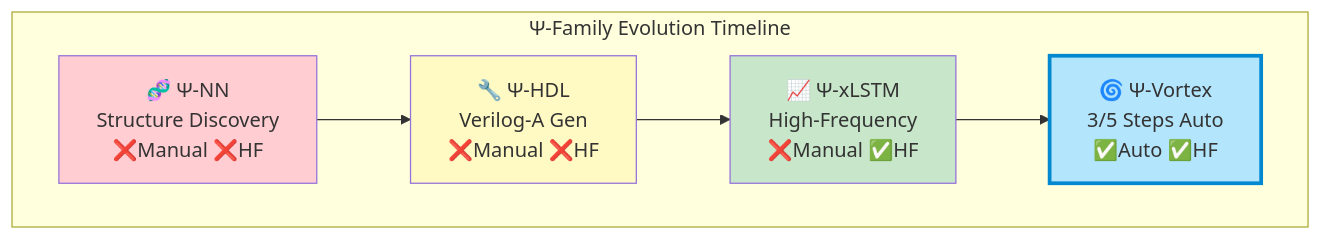
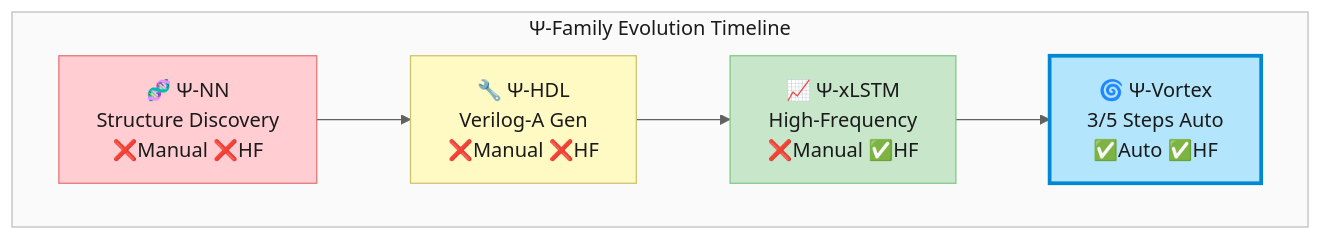
Before and after one commit to jurjsorinliviu/Psi-Vortex: the second of 7 diagrams in README.md, drawn with Mermaid. The commit also changed other lines of this file, not shown here.

````diff
--- a/README.md
+++ b/README.md
@@ -242,16 +237,17 @@
 ```mermaid
+%%{init: {'theme':'base','themeVariables':{'primaryTextColor':'#1a1a1a','lineColor':'#616161','clusterBkg':'#fafafa','clusterBorder':'#bdbdbd','titleColor':'#1a1a1a'}}}%%
 flowchart TB
     subgraph evolution["Ψ-Family Evolution Timeline"]
         A["🧬 Ψ-NN<br>Structure Discovery<br>❌Manual ❌HF"]
         B["🔧 Ψ-HDL<br>Verilog-A Gen<br>❌Manual ❌HF"]
         C["📈 Ψ-xLSTM<br>High-Frequency<br>❌Manual ✅HF"]
         D["🌀 Ψ-Vortex<br>3/5 Steps Auto<br>✅Auto ✅HF"]
     end
     
     A --> B --> C --> D
     
-    style A fill:#ffcdd2
-    style B fill:#fff9c4
-    style C fill:#c8e6c9
-    style D fill:#b3e5fc,stroke:#0288d1,stroke-width:3px
+    style A fill:#ffcdd2,color:#1a1a1a,stroke:#e57373
+    style B fill:#fff9c4,color:#1a1a1a,stroke:#cbc26d
+    style C fill:#c8e6c9,color:#1a1a1a,stroke:#81c784
+    style D fill:#b3e5fc,color:#1a1a1a,stroke:#0288d1,stroke-width:3px
 ```
````
